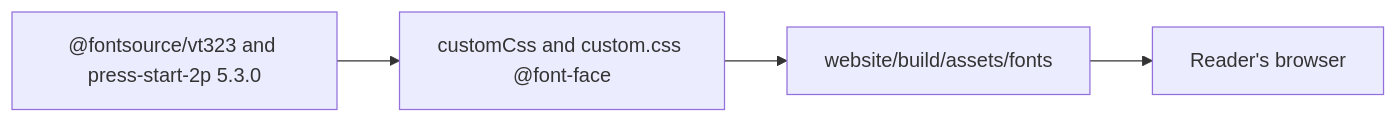
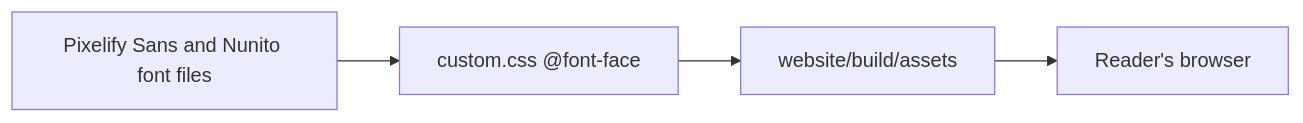
Before and after one commit to minhphamdonhat/Agentville: the diagram in .agentville/pr/28/PR_BODY.md, drawn with Mermaid. The commit also changed other lines of this file and 63 other files, not shown here.

````diff
--- a/.agentville/pr/28/PR_BODY.md
+++ b/.agentville/pr/28/PR_BODY.md
@@ -25,8 +27,8 @@
 ```mermaid
 flowchart LR
-  accTitle: Pixel font loading
-  accDescr: The two pinned fontsource packages feed the site build, which bundles the font files into the site's own assets, so the browser loads them from the site with no CDN request.
-  pkg["@fontsource/vt323 and press-start-2p 5.3.0"] --> css["customCss and custom.css @font-face"]
-  css --> build["website/build/assets/fonts"]
+  accTitle: Self-hosted font loading
+  accDescr: The pinned Pixelify Sans and Nunito font files are bundled into the site's own assets, so the browser loads them from the site with no CDN request.
+  pkg["Pixelify Sans and Nunito font files"] --> css["custom.css @font-face"]
+  css --> build["website/build/assets"]
   build --> browser["Reader's browser"]
 ```
````
